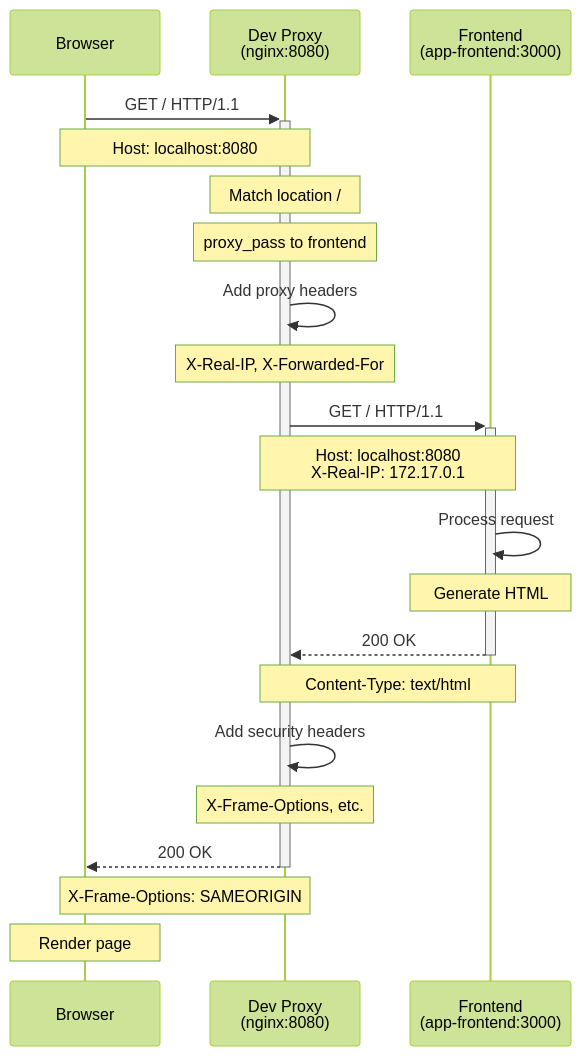
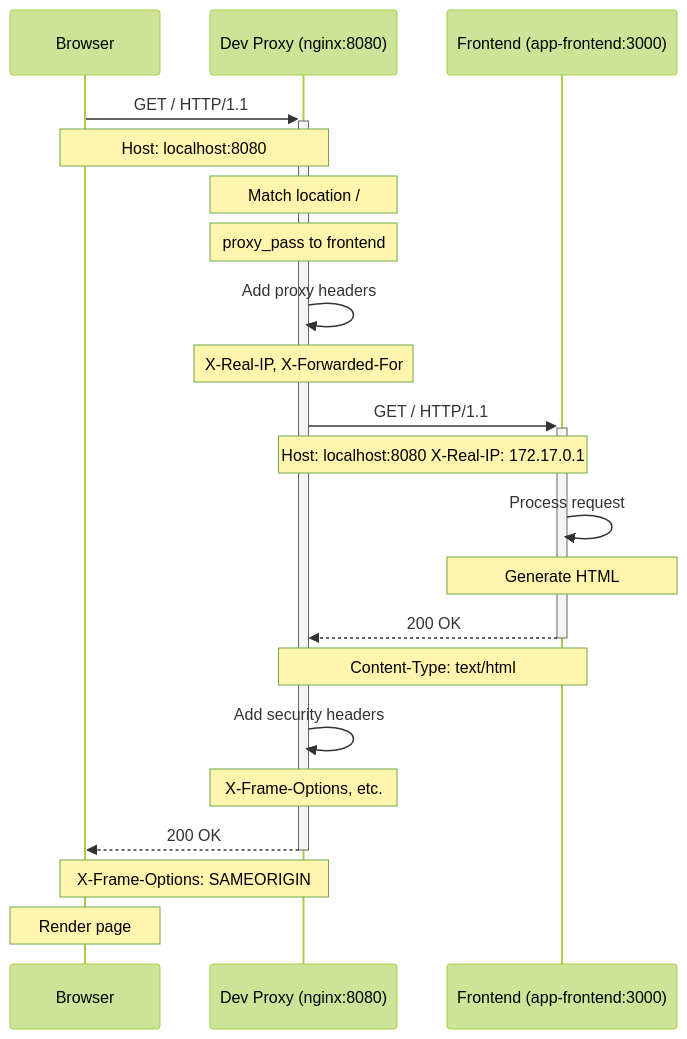
The first of 9 diagrams in wiki/Request-Flow.md (softwarewrighter/dev-proxy), drawn with Mermaid (forest theme) before and after one commit. The commit also changed other lines of this file and 6 other files, not shown here.

First line of the commit message:
Fix wiki Mermaid diagrams: remove <br/> tags

````diff
--- a/wiki/Request-Flow.md
+++ b/wiki/Request-Flow.md
@@ -29,31 +29,31 @@
 ```mermaid
 sequenceDiagram
     participant Browser
-    participant DevProxy as Dev Proxy<br/>(nginx:8080)
-    participant Frontend as Frontend<br/>(app-frontend:3000)
+    participant DevProxy as Dev Proxy (nginx:8080)
+    participant Frontend as Frontend (app-frontend:3000)
 
     Browser->>+DevProxy: GET / HTTP/1.1
     Note over Browser,DevProxy: Host: localhost:8080
     Note over DevProxy: Match location /
     Note over DevProxy: proxy_pass to frontend
 
     DevProxy->>DevProxy: Add proxy headers
     Note over DevProxy: X-Real-IP, X-Forwarded-For
 
     DevProxy->>+Frontend: GET / HTTP/1.1
-    Note over DevProxy,Frontend: Host: localhost:8080<br/>X-Real-IP: 172.17.0.1
+    Note over DevProxy,Frontend: Host: localhost:8080 X-Real-IP: 172.17.0.1
 
     Frontend->>Frontend: Process request
     Note over Frontend: Generate HTML
 
     Frontend-->>-DevProxy: 200 OK
     Note over Frontend,DevProxy: Content-Type: text/html
 
     DevProxy->>DevProxy: Add security headers
     Note over DevProxy: X-Frame-Options, etc.
 
     DevProxy-->>-Browser: 200 OK
     Note over DevProxy,Browser: X-Frame-Options: SAMEORIGIN
 
     Note over Browser: Render page
 ```
````
